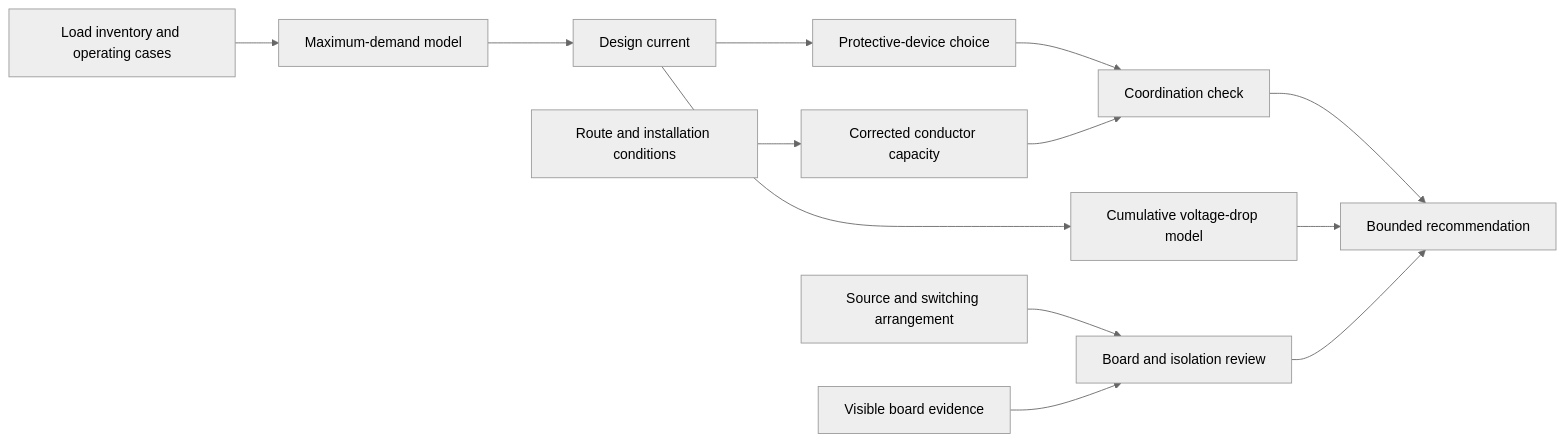
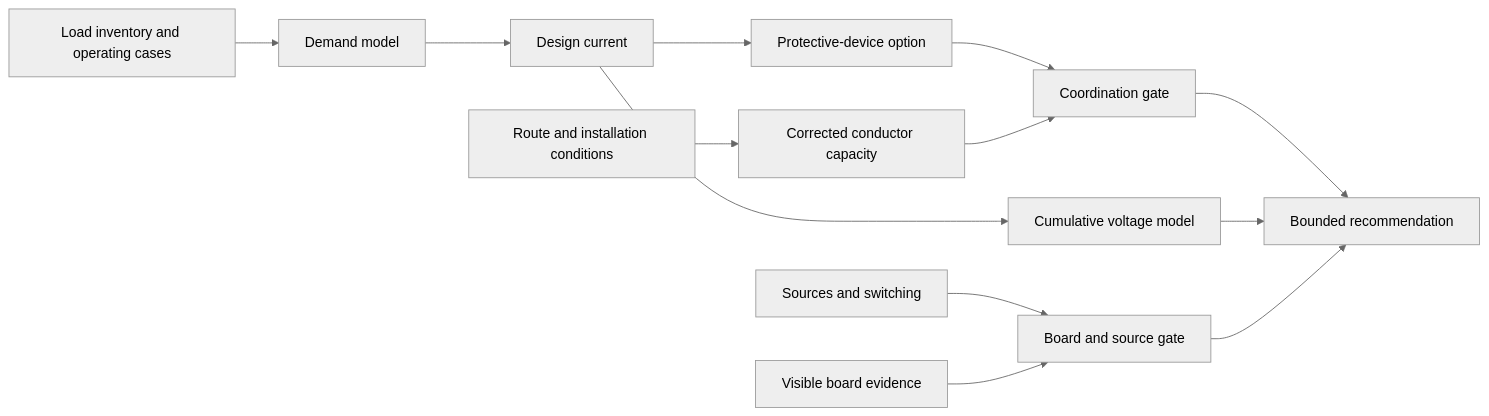
One commit to andrew3stedall/capstone changed the second of 2 diagrams in docs/learning-plans/4-week/modules/day-14-week-2-integrated-design-exercise.md. Above: the diagram before and after it, drawn with Mermaid (neutral theme). The commit also changed other lines of this file, not shown here.

````diff
--- a/docs/learning-plans/4-week/modules/day-14-week-2-integrated-design-exercise.md
+++ b/docs/learning-plans/4-week/modules/day-14-week-2-integrated-design-exercise.md
@@ -161,15 +152,15 @@
 ```mermaid
 flowchart LR
-    L["Load inventory and operating cases"] --> MD["Maximum-demand model"]
+    L["Load inventory and operating cases"] --> MD["Demand model"]
     MD --> IB["Design current"]
-    IB --> PD["Protective-device choice"]
+    IB --> PD["Protective-device option"]
     R["Route and installation conditions"] --> CC["Corrected conductor capacity"]
-    PD --> CO["Coordination check"]
+    PD --> CO["Coordination gate"]
     CC --> CO
-    IB --> VD["Cumulative voltage-drop model"]
-    S["Source and switching arrangement"] --> BR["Board and isolation review"]
-    B["Visible board evidence"] --> BR
+    IB --> VD["Cumulative voltage model"]
+    S["Sources and switching"] --> BG["Board and source gate"]
+    B["Visible board evidence"] --> BG
     CO --> REC["Bounded recommendation"]
     VD --> REC
-    BR --> REC
+    BG --> REC
 ```
````
